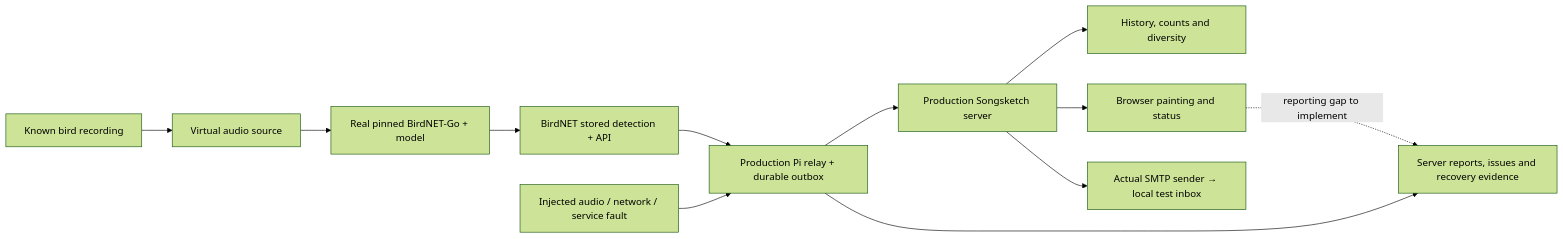
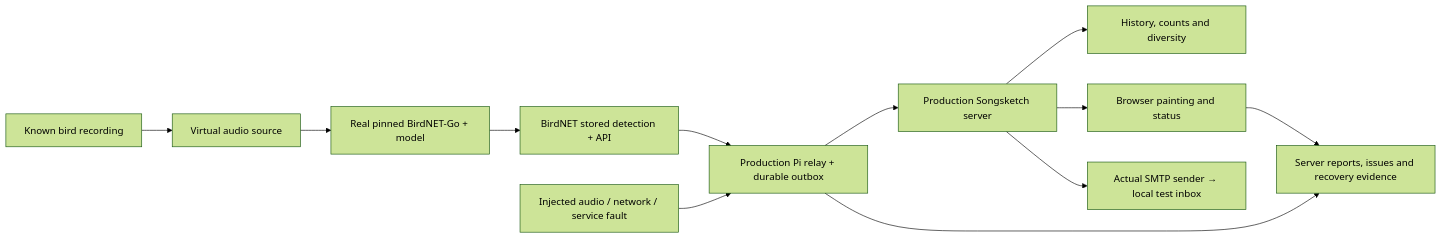
One commit to katkinkead/heard-a-bird changed the diagram in docs/release-validation.md. Above: the diagram before and after it, drawn with Mermaid (forest theme). The commit also changed other lines of this file and 71 other files, not shown here.

````diff
--- a/docs/release-validation.md
+++ b/docs/release-validation.md
@@ -11,14 +13,14 @@
 ```mermaid
 flowchart LR
     Clip[Known bird recording] --> Audio[Virtual audio source]
     Audio --> BN[Real pinned BirdNET-Go + model]
     BN --> DB[BirdNET stored detection + API]
     DB --> Relay[Production Pi relay + durable outbox]
     Relay --> Server[Production Songsketch server]
     Server --> History[History, counts and diversity]
     Server --> Display[Browser painting and status]
     Server --> Mail[Actual SMTP sender → local test inbox]
     Fault[Injected audio / network / service fault] --> Relay
     Relay --> Reports[Server reports, issues and recovery evidence]
-    Display -. reporting gap to implement .-> Reports
+    Display --> Reports
 ```
````
